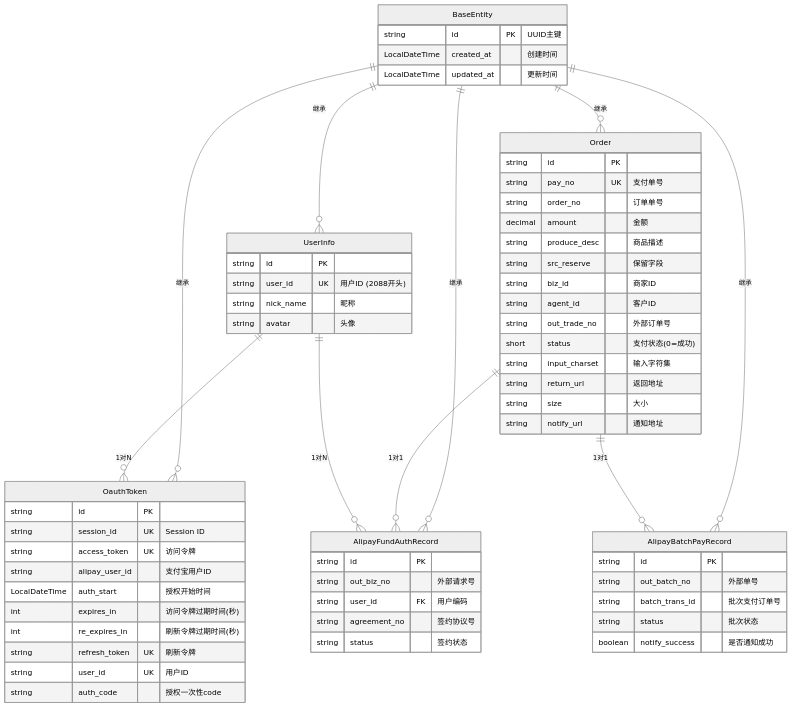
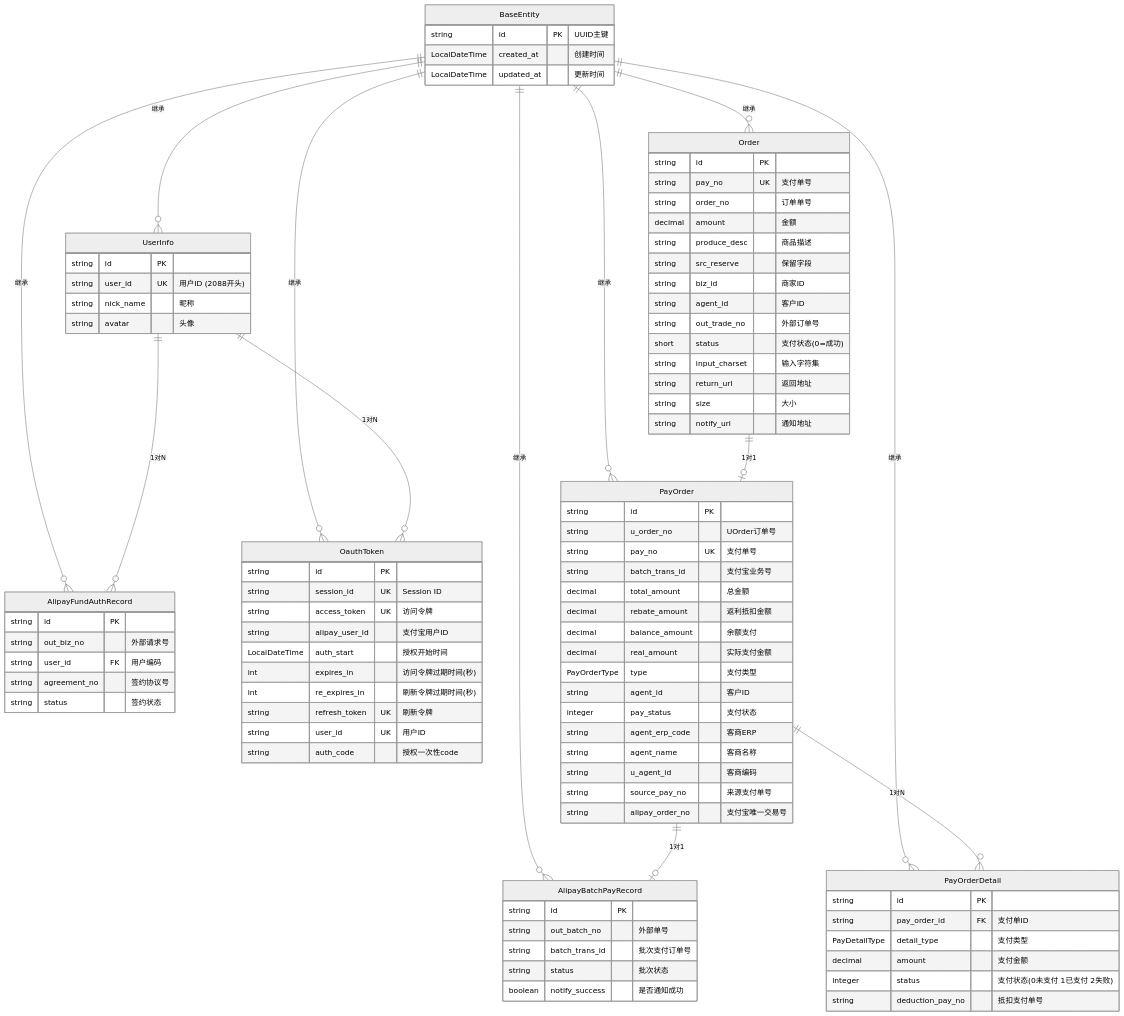
The first of 4 diagrams in docs/entity-relationships.md (Fjunjie/ai-demo), drawn with Mermaid (neutral theme) before and after one commit. The commit also changed other lines of this file and 83 other files, not shown here.

```diff
--- a/docs/entity-relationships.md
+++ b/docs/entity-relationships.md
@@ -9,9 +9,12 @@
     BaseEntity ||--o{ UserInfo : "继承"
     BaseEntity ||--o{ AlipayBatchPayRecord : "继承"
     BaseEntity ||--o{ Order : "继承"
+    BaseEntity ||--o{ PayOrder : "继承"
+    BaseEntity ||--o{ PayOrderDetail : "继承"
 
-    Order ||--o{ AlipayBatchPayRecord : "1对1"
-    Order ||--o{ AlipayFundAuthRecord : "1对1"
+    PayOrder ||--o{ PayOrderDetail : "1对N"
+    PayOrder ||--o| AlipayBatchPayRecord : "1对1"
+    Order ||--o| PayOrder : "1对1"
     UserInfo ||--o{ OauthToken : "1对N"
     UserInfo ||--o{ AlipayFundAuthRecord : "1对N"
 
@@ -19,6 +22,34 @@
         string id PK "UUID主键"
         LocalDateTime created_at "创建时间"
         LocalDateTime updated_at "更新时间"
+    }
+
+    PayOrder {
+        string id PK
+        string u_order_no "UOrder订单号"
+        string pay_no UK "支付单号"
+        string batch_trans_id "支付宝业务号"
+        decimal total_amount "总金额"
+        decimal rebate_amount "返利抵扣金额"
+        decimal balance_amount "余额支付"
+        decimal real_amount "实际支付金额"
+        PayOrderType type "支付类型"
+        string agent_id "客户ID"
+        integer pay_status "支付状态"
+        string agent_erp_code "客商ERP"
+        string agent_name "客商名称"
+        string u_agent_id "客商编码"
+        string source_pay_no "来源支付单号"
+        string alipay_order_no "支付宝唯一交易号"
+    }
+
+    PayOrderDetail {
+        string id PK
+        string pay_order_id FK "支付单ID"
+        PayDetailType detail_type "支付类型"
+        decimal amount "支付金额"
+        integer status "支付状态(0未支付 1已支付 2失败)"
+        string deduction_pay_no "抵扣支付单号"
     }
 
     AlipayFundAuthRecord {
```
